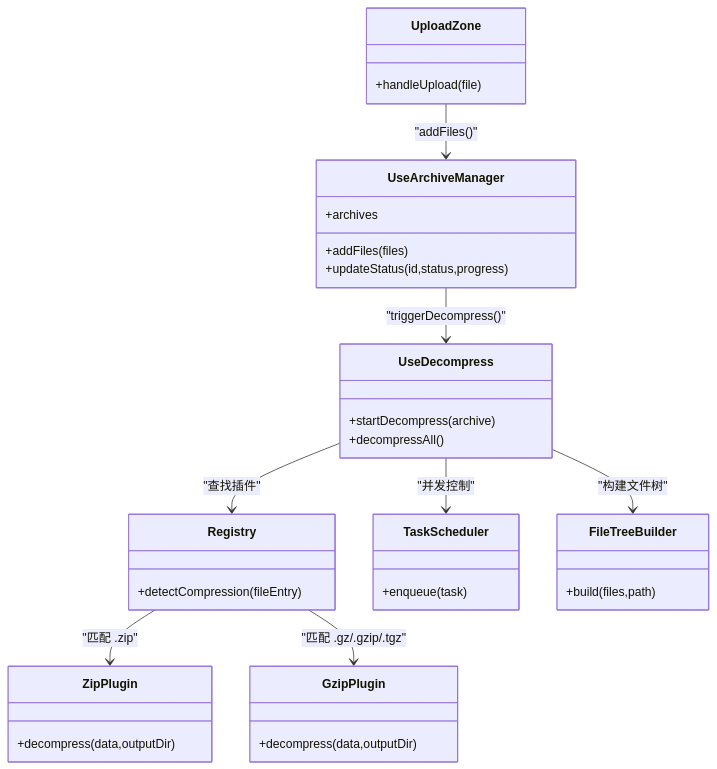
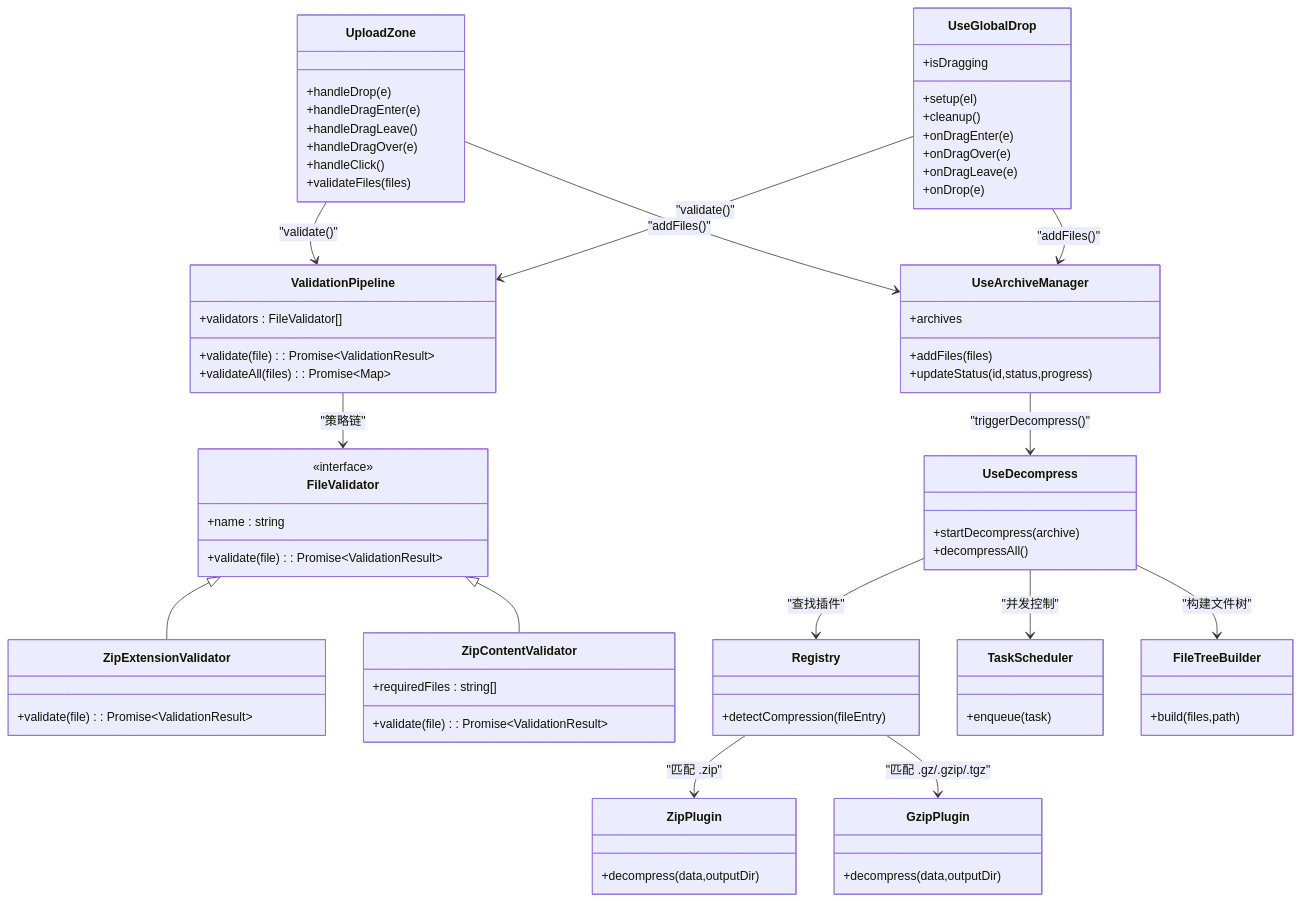
Before and after one commit to taoweidong/Hello-Tauri: the third of 4 diagrams in .qoder/repowiki/zh/content/架构设计/组件层次结构/档案面板组件/UploadZone 上传区域组件.md, drawn with Mermaid. The commit also changed other lines of this file and 72 other files, not shown here.

````diff
--- a/.qoder/repowiki/zh/content/架构设计/组件层次结构/档案面板组件/UploadZone 上传区域组件.md
+++ b/.qoder/repowiki/zh/content/架构设计/组件层次结构/档案面板组件/UploadZone 上传区域组件.md
@@ -114,37 +163,74 @@
 ```mermaid
 classDiagram
 class UploadZone {
-+handleUpload(file)
++handleDrop(e)
++handleDragEnter(e)
++handleDragLeave()
++handleDragOver(e)
++handleClick()
++validateFiles(files)
+}
+class UseGlobalDrop {
++isDragging
++setup(el)
++cleanup()
++onDragEnter(e)
++onDragOver(e)
++onDragLeave(e)
++onDrop(e)
+}
+class FileValidator {
+<<interface>>
++name : string
++validate(file) : Promise~ValidationResult~
+}
+class ZipExtensionValidator {
++validate(file) : Promise~ValidationResult~
+}
+class ZipContentValidator {
++requiredFiles : string[]
++validate(file) : Promise~ValidationResult~
+}
+class ValidationPipeline {
++validators : FileValidator[]
++validate(file) : Promise~ValidationResult~
++validateAll(files) : Promise~Map~
 }
 class UseArchiveManager {
 +archives
 +addFiles(files)
 +updateStatus(id,status,progress)
 }
 class UseDecompress {
 +startDecompress(archive)
 +decompressAll()
 }
 class Registry {
 +detectCompression(fileEntry)
 }
 class ZipPlugin {
 +decompress(data,outputDir)
 }
 class GzipPlugin {
 +decompress(data,outputDir)
 }
 class TaskScheduler {
 +enqueue(task)
 }
 class FileTreeBuilder {
 +build(files,path)
 }
 UploadZone --> UseArchiveManager : "addFiles()"
+UseGlobalDrop --> UseArchiveManager : "addFiles()"
+UploadZone --> ValidationPipeline : "validate()"
+UseGlobalDrop --> ValidationPipeline : "validate()"
+ValidationPipeline --> FileValidator : "策略链"
+FileValidator <|-- ZipExtensionValidator
+FileValidator <|-- ZipContentValidator
 UseArchiveManager --> UseDecompress : "triggerDecompress()"
 UseDecompress --> TaskScheduler : "并发控制"
 UseDecompress --> Registry : "查找插件"
 Registry --> ZipPlugin : "匹配 .zip"
 Registry --> GzipPlugin : "匹配 .gz/.gzip/.tgz"
 UseDecompress --> FileTreeBuilder : "构建文件树"
 ```
````
